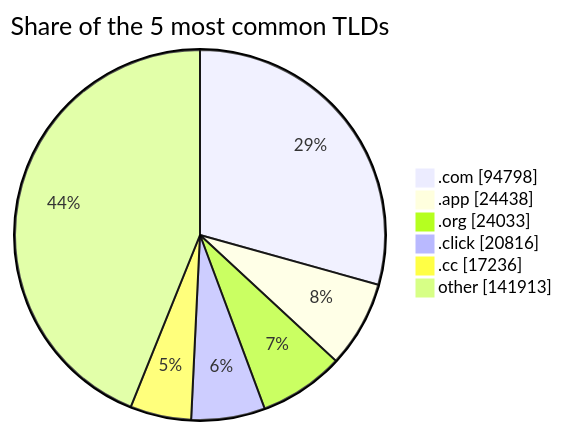
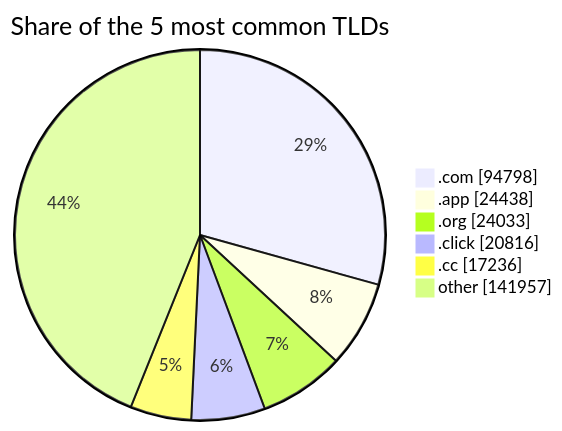
One commit to DNSBunker/CTI changed the third of 3 diagrams in README.md. Above: the diagram before and after it, drawn with Mermaid. The commit also changed other lines of this file and 4 other files, not shown here.

````diff
--- a/README.md
+++ b/README.md
@@ -81,9 +81,9 @@
 ```mermaid
 pie showData title Share of the 5 most common TLDs
     ".com" : 94798
     ".app" : 24438
     ".org" : 24033
     ".click" : 20816
     ".cc" : 17236
-    "other" : 141913
+    "other" : 141957
 ```
````
